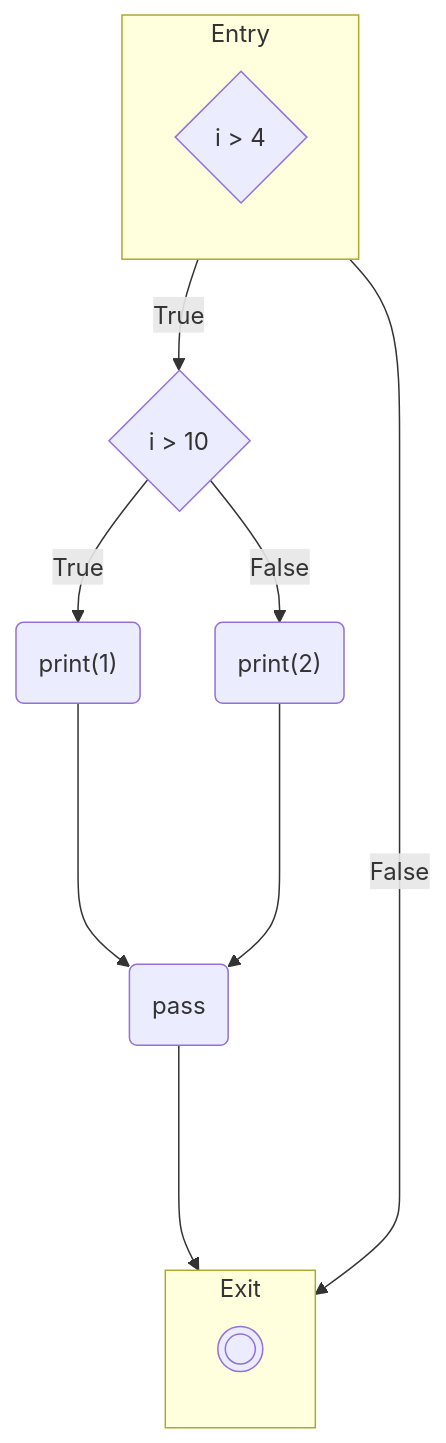
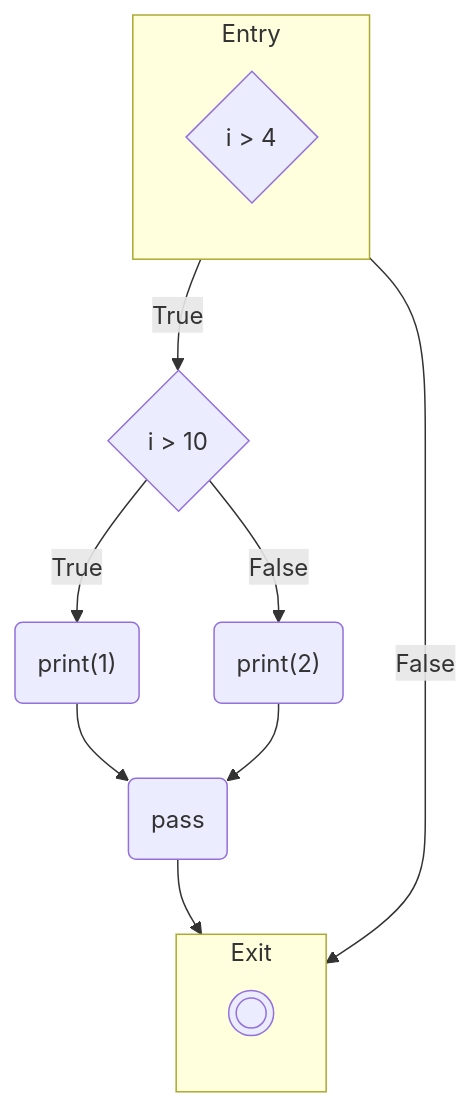
One commit to moosetechnology/moosetechnology.github.io changed the tenth of 18 diagrams in src/content/docs/developers/fast-cfg.mdx. Above: the diagram before and after it, drawn with Mermaid. The commit also changed other lines of this file, not shown here.

Commit message:
Correction des flèches dans les diagrammes de flux pour une meilleure clarté

````diff
--- a/src/content/docs/developers/fast-cfg.mdx
+++ b/src/content/docs/developers/fast-cfg.mdx
@@ -471,27 +471,27 @@
 ```mermaid
 flowchart TD
 	subgraph Entry
 		direction TB
 		1
 	end
 
 	subgraph Exit
 		direction TB
 		3
 	end
 
 	1{"i > 4 "}
 	2{"i > 10 "}
 	3(((" ")))
 	4("print(1) ")
 	5("print(2) ")
 	6("pass ")
 	1 -- True --> 2
 	1 -- False --> 3
 	2 -- True --> 4
 	2 -- False --> 5
-	4 ----> 6
-	5 ----> 6
-	6 ----> 3
+	4 --> 6
+	5 --> 6
+	6 --> 3
 		
 ```
````
